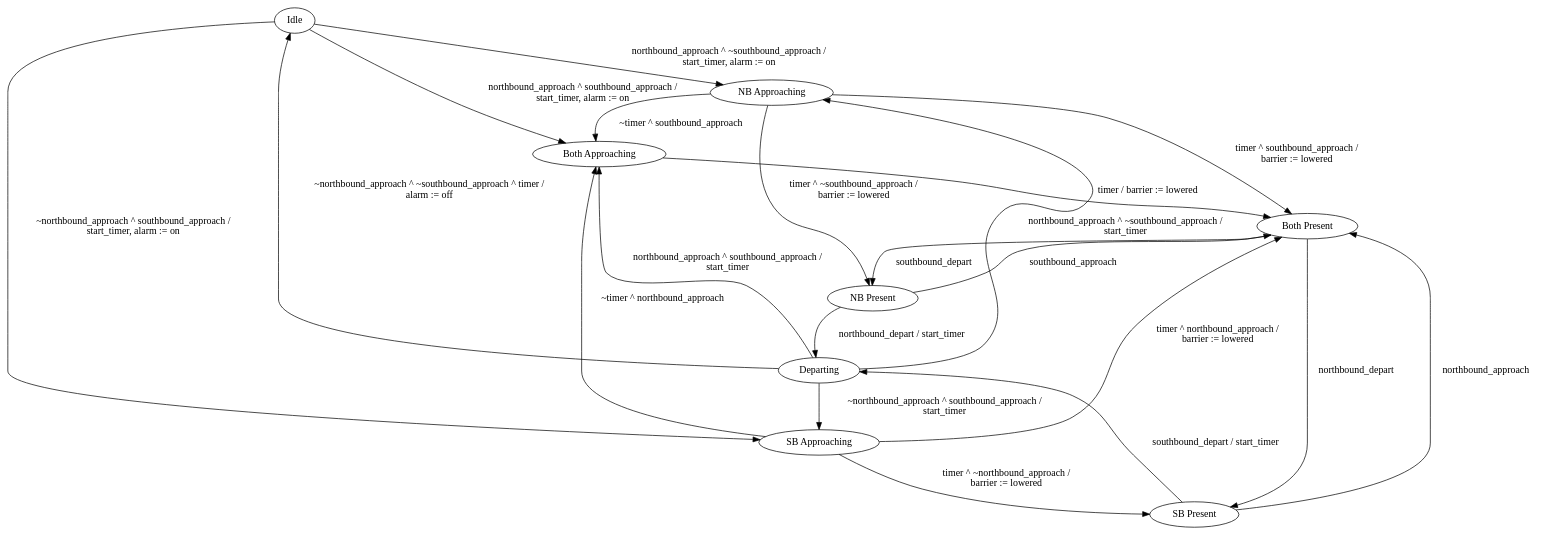
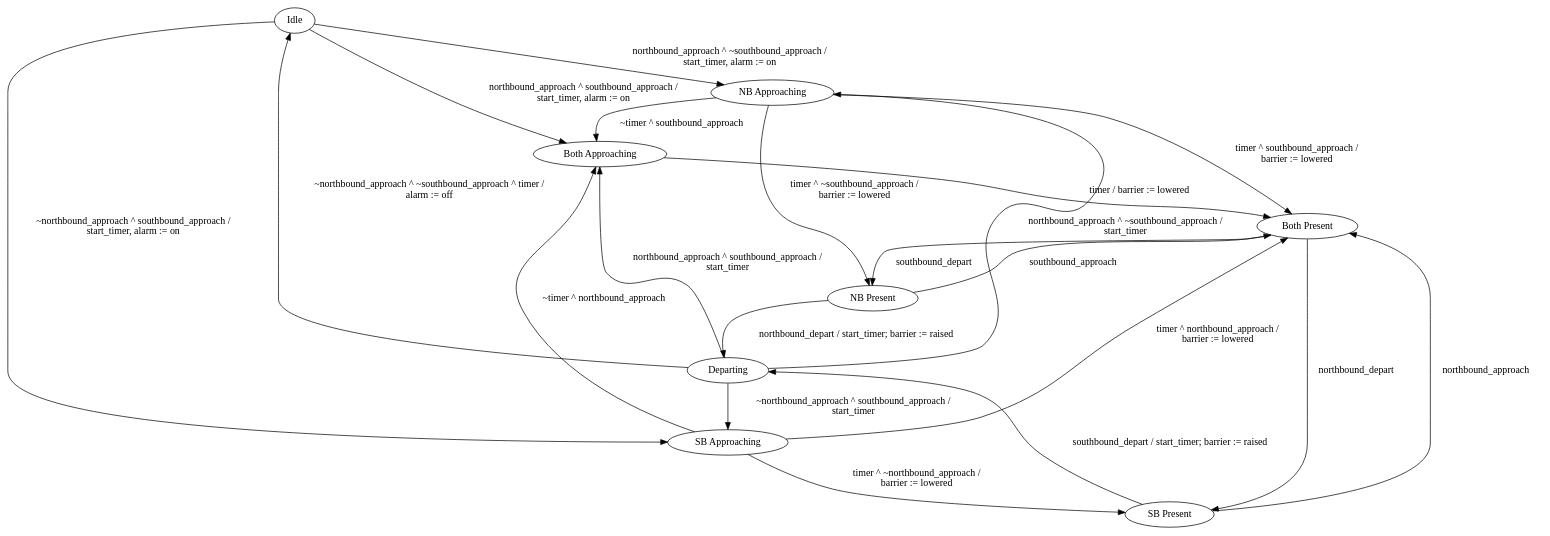
Before and after one commit to uofu-adv-emb-25/Lab09_GroupD: the diagram in resources/dot/train.dot, drawn with Graphviz. The commit also changed 4 other files, not shown here.

```diff
--- a/resources/dot/train.dot
+++ b/resources/dot/train.dot
@@ -1,36 +1,36 @@
 digraph {
     idle [label = "Idle"];
     nba [label = "NB Approaching"];
     bba [label = "Both Approaching"];
     sba [label = "SB Approaching"];
     nbp [label = "NB Present"];
     bbp [label = "Both Present"];
     sbp [label = "SB Present"];
     dp [label = "Departing"];
 
     idle -> nba [label = "northbound_approach ^ ~southbound_approach /\n start_timer, alarm := on"];
     idle -> bba [label = "northbound_approach ^ southbound_approach /\n start_timer, alarm := on"];
     idle -> sba [label = "~northbound_approach ^ southbound_approach /\n start_timer, alarm := on"];
 
     nba -> bba [label = "~timer ^ southbound_approach"];
     sba -> bba [label = "~timer ^ northbound_approach"];
 
     nba -> nbp [label = "timer ^ ~southbound_approach /\n barrier := lowered"];
     nba -> bbp [label = "timer ^ southbound_approach /\n barrier := lowered"];
     bba -> bbp [label = "timer / barrier := lowered"];
     sba -> sbp [label = "timer ^ ~northbound_approach /\n barrier := lowered"];
     sba -> bbp [label = "timer ^ northbound_approach /\n barrier := lowered"];
 
     nbp -> bbp [label = "southbound_approach"];
     sbp -> bbp [label = "northbound_approach"];
     bbp -> sbp [label = "northbound_depart"];
     bbp -> nbp [label = "southbound_depart"];
 
-    nbp -> dp [label = "northbound_depart / start_timer"];
-    sbp -> dp [label = "southbound_depart / start_timer"];
+    nbp -> dp [label = "northbound_depart / start_timer; barrier := raised"];
+    sbp -> dp [label = "southbound_depart / start_timer; barrier := raised"];
 
     dp -> nba [label = "northbound_approach ^ ~southbound_approach /\n start_timer"];
     dp -> bba [label = "northbound_approach ^ southbound_approach /\n start_timer"];
     dp -> sba [label = "~northbound_approach ^ southbound_approach /\n start_timer"];
     dp -> idle [label = "~northbound_approach ^ ~southbound_approach ^ timer /\n alarm := off"];
 }
```
